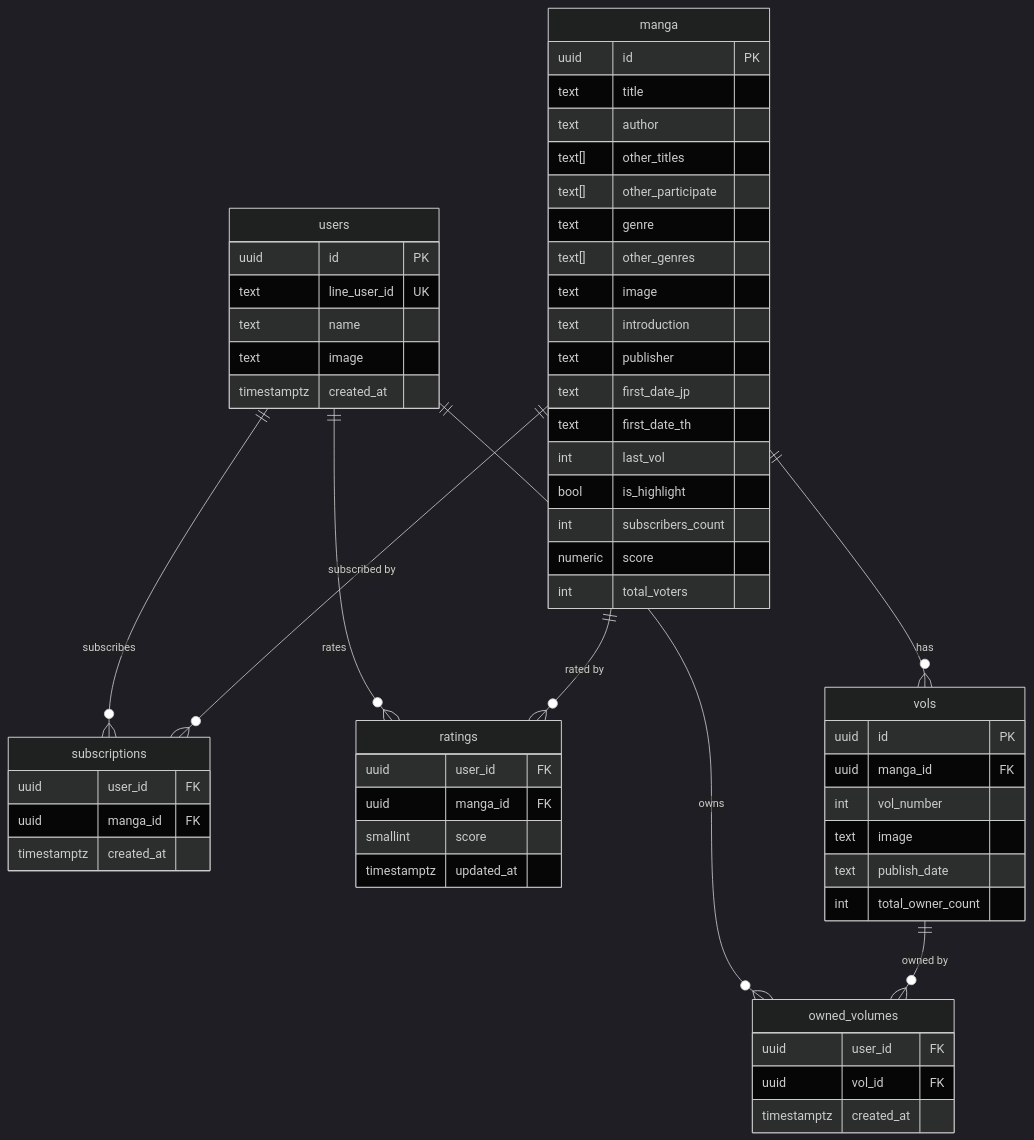
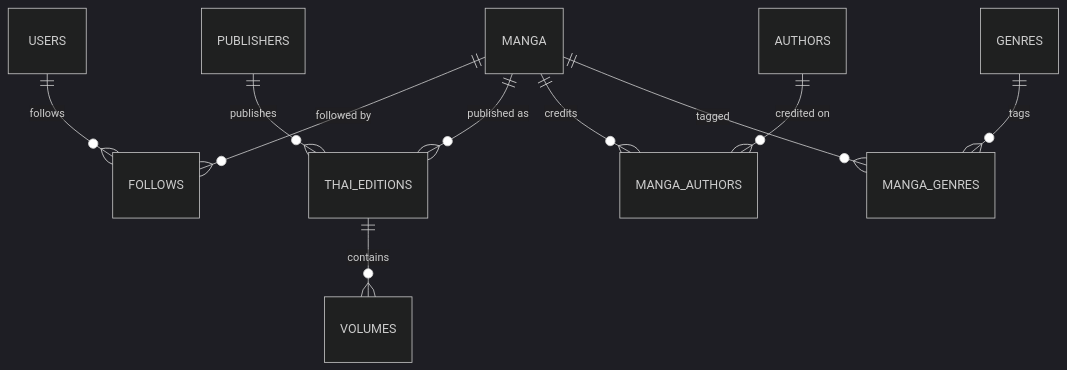
One commit to JusAeng/manga-tracker-api-go changed the diagram in docs/postgres-schema.md. Above: the diagram before and after it, drawn with Mermaid (dark theme). The commit also changed other lines of this file and 23 other files, not shown here.

````diff
--- a/docs/postgres-schema.md
+++ b/docs/postgres-schema.md
@@ -34,61 +30,12 @@
 ```mermaid
 erDiagram
-    users ||--o{ subscriptions : subscribes
-    users ||--o{ owned_volumes : owns
-    users ||--o{ ratings : rates
-    manga ||--o{ vols : has
-    manga ||--o{ subscriptions : "subscribed by"
-    manga ||--o{ ratings : "rated by"
-    vols ||--o{ owned_volumes : "owned by"
-
-    users {
-        uuid id PK
-        text line_user_id UK
-        text name
-        text image
-        timestamptz created_at
-    }
-    manga {
-        uuid id PK
-        text title
-        text author
-        text[] other_titles
-        text[] other_participate
-        text genre
-        text[] other_genres
-        text image
-        text introduction
-        text publisher
-        text first_date_jp
-        text first_date_th
-        int last_vol
-        bool is_highlight
-        int subscribers_count
-        numeric score
-        int total_voters
-    }
-    vols {
-        uuid id PK
-        uuid manga_id FK
-        int vol_number
-        text image
-        text publish_date
-        int total_owner_count
-    }
-    subscriptions {
-        uuid user_id FK
-        uuid manga_id FK
-        timestamptz created_at
-    }
-    owned_volumes {
-        uuid user_id FK
-        uuid vol_id FK
-        timestamptz created_at
-    }
-    ratings {
-        uuid user_id FK
-        uuid manga_id FK
-        smallint score
-        timestamptz updated_at
-    }
+    USERS ||--o{ FOLLOWS : follows
+    MANGA ||--o{ FOLLOWS : "followed by"
+    MANGA ||--o{ THAI_EDITIONS : "published as"
+    PUBLISHERS ||--o{ THAI_EDITIONS : publishes
+    THAI_EDITIONS ||--o{ VOLUMES : contains
+    MANGA ||--o{ MANGA_AUTHORS : credits
+    AUTHORS ||--o{ MANGA_AUTHORS : "credited on"
+    MANGA ||--o{ MANGA_GENRES : tagged
+    GENRES ||--o{ MANGA_GENRES : tags
 ```
````
